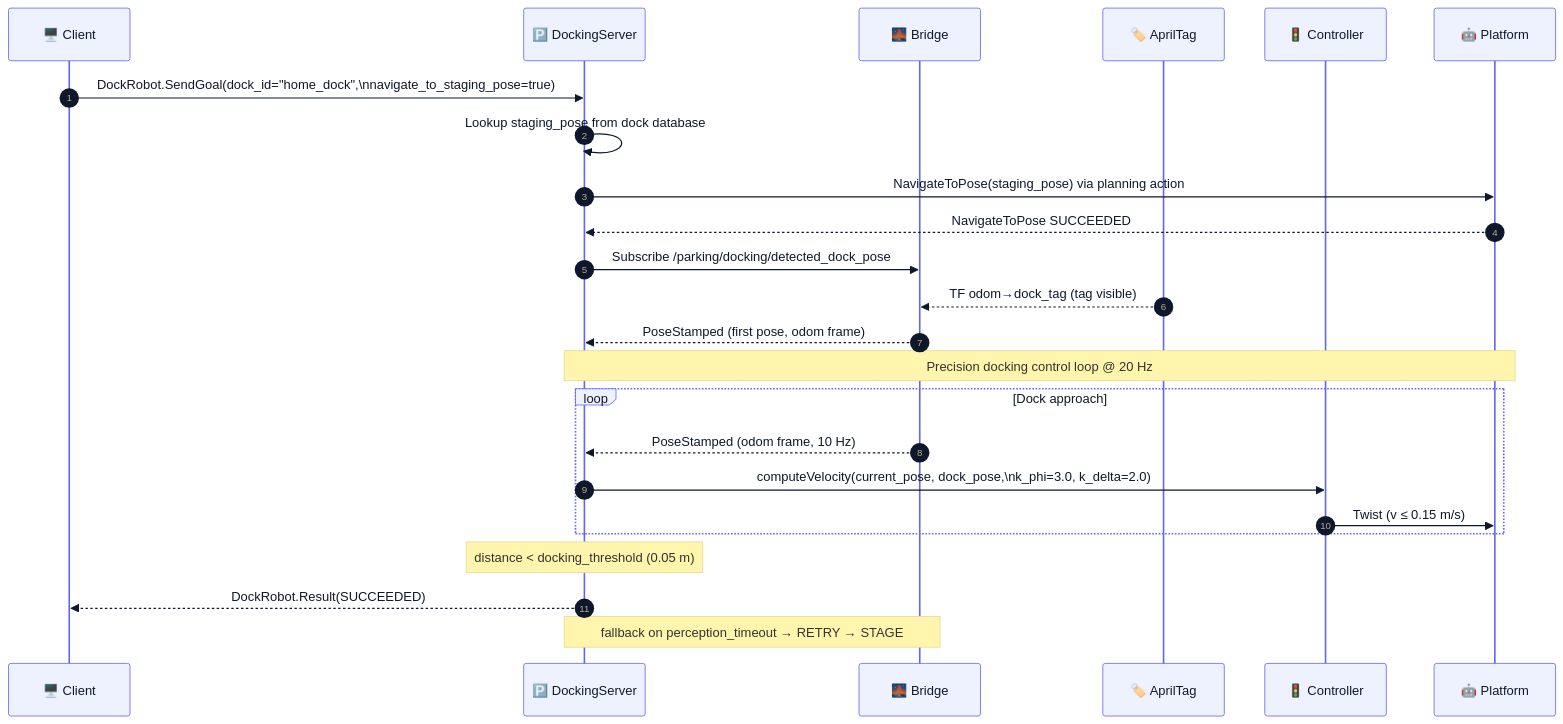
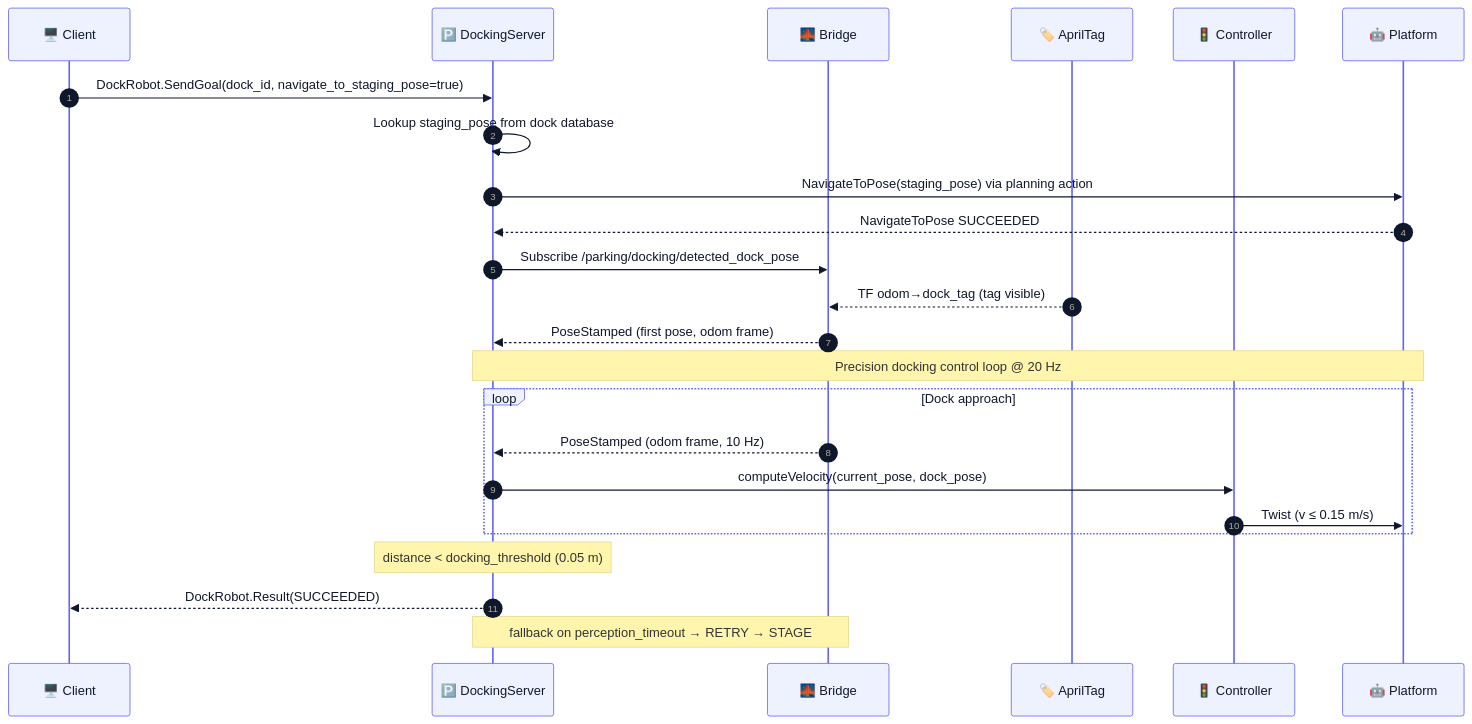
The fourth of 4 diagrams in camrod_parking/README.md (hwanhonglee/CAMROD), drawn with Mermaid before and after one commit. The commit also changed other lines of this file and 11 other files, not shown here.

First line of the commit message:
docs: fix Mermaid syntax errors and reduce emoji overuse in all READMEs

````diff
--- a/camrod_parking/README.md
+++ b/camrod_parking/README.md
@@ -183,31 +183,31 @@
 ```mermaid
 %%{init: {'theme': 'base', 'themeVariables': {'fontFamily': 'ui-sans-serif, system-ui, sans-serif', 'fontSize': '14px', 'primaryColor': '#EEF2FF', 'primaryTextColor': '#0F172A', 'primaryBorderColor': '#6366F1', 'lineColor': '#475569'}}}%%
 sequenceDiagram
   autonumber
   participant Client  as 🖥️ Client
   participant DS      as 🅿️ DockingServer
   participant BRIDGE  as 🌉 Bridge
   participant APTAG   as 🏷️ AprilTag
   participant CTRL    as 🚦 Controller
   participant PLAT    as 🤖 Platform
 
-  Client->>DS: DockRobot.SendGoal(dock_id="home_dock",\nnavigate_to_staging_pose=true)
+  Client->>DS: DockRobot.SendGoal(dock_id, navigate_to_staging_pose=true)
   DS->>DS: Lookup staging_pose from dock database
   DS->>PLAT: NavigateToPose(staging_pose) via planning action
   PLAT-->>DS: NavigateToPose SUCCEEDED
   DS->>BRIDGE: Subscribe /parking/docking/detected_dock_pose
   APTAG-->>BRIDGE: TF odom→dock_tag (tag visible)
   BRIDGE-->>DS: PoseStamped (first pose, odom frame)
 
   Note over DS,PLAT: Precision docking control loop @ 20 Hz
   loop Dock approach
     BRIDGE-->>DS: PoseStamped (odom frame, 10 Hz)
-    DS->>CTRL: computeVelocity(current_pose, dock_pose,\nk_phi=3.0, k_delta=2.0)
+    DS->>CTRL: computeVelocity(current_pose, dock_pose)
     CTRL->>PLAT: Twist (v ≤ 0.15 m/s)
   end
 
   Note over DS: distance < docking_threshold (0.05 m)
   DS-->>Client: DockRobot.Result(SUCCEEDED)
 
   Note over DS,BRIDGE: fallback on perception_timeout → RETRY → STAGE
 ```
````
